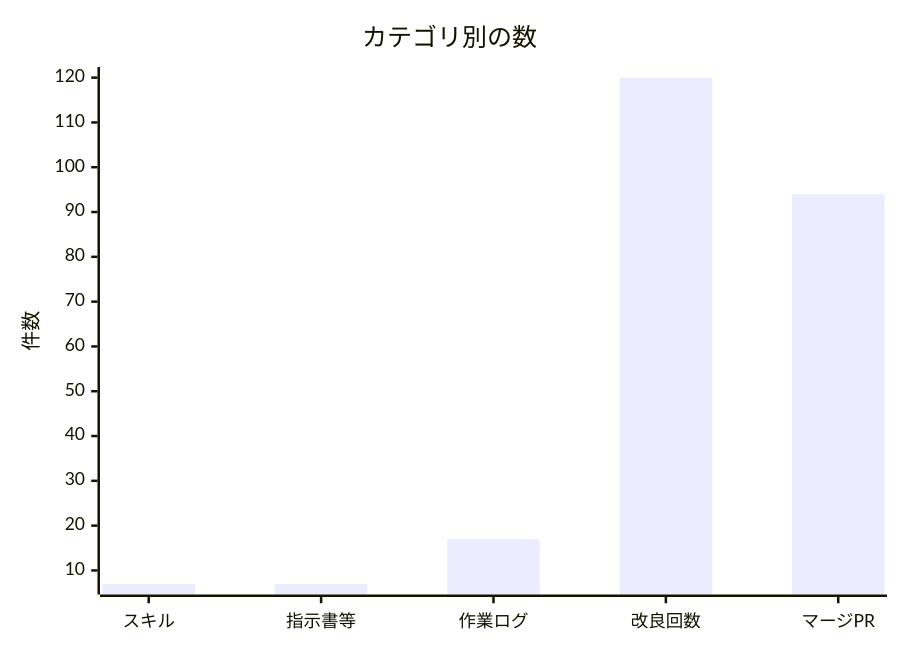
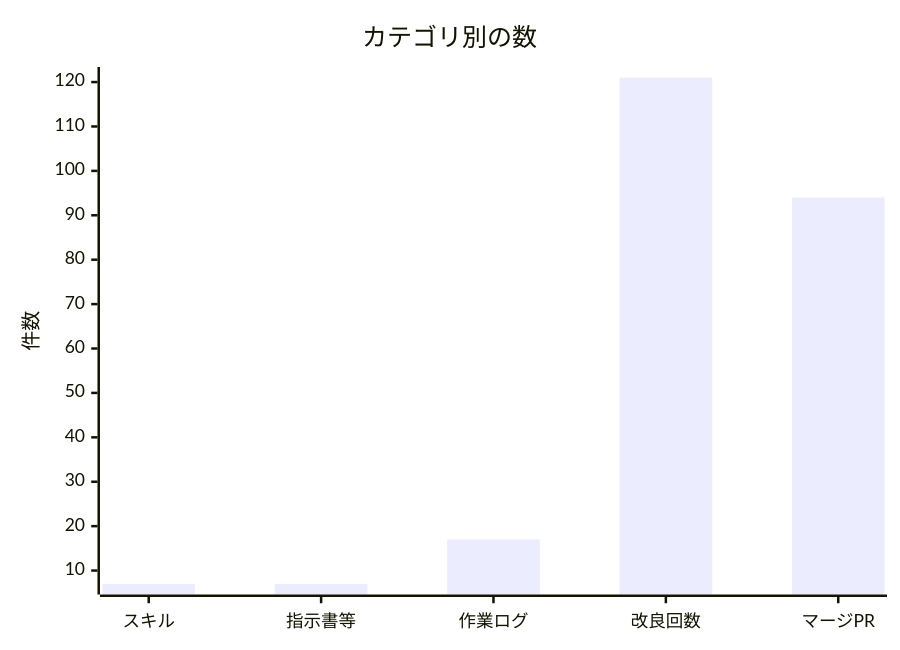
The second of 2 diagrams in docs/進化レポート.md (non-x2/non-x2), drawn with Mermaid before and after one commit. The commit also changed other lines of this file and 2 other files, not shown here.

````diff
--- a/docs/進化レポート.md
+++ b/docs/進化レポート.md
@@ -35,7 +35,7 @@
 ```mermaid
 xychart-beta
     title "カテゴリ別の数"
     x-axis ["スキル", "指示書等", "作業ログ", "改良回数", "マージPR"]
     y-axis "件数"
-    bar [7, 7, 17, 120, 94]
+    bar [7, 7, 17, 121, 94]
 ```
````
